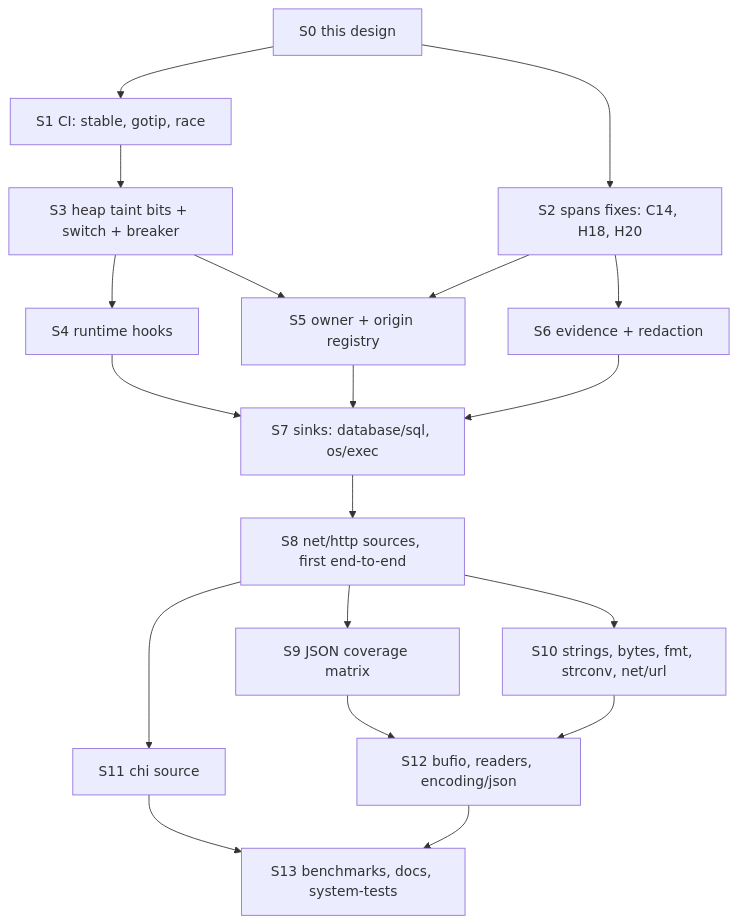
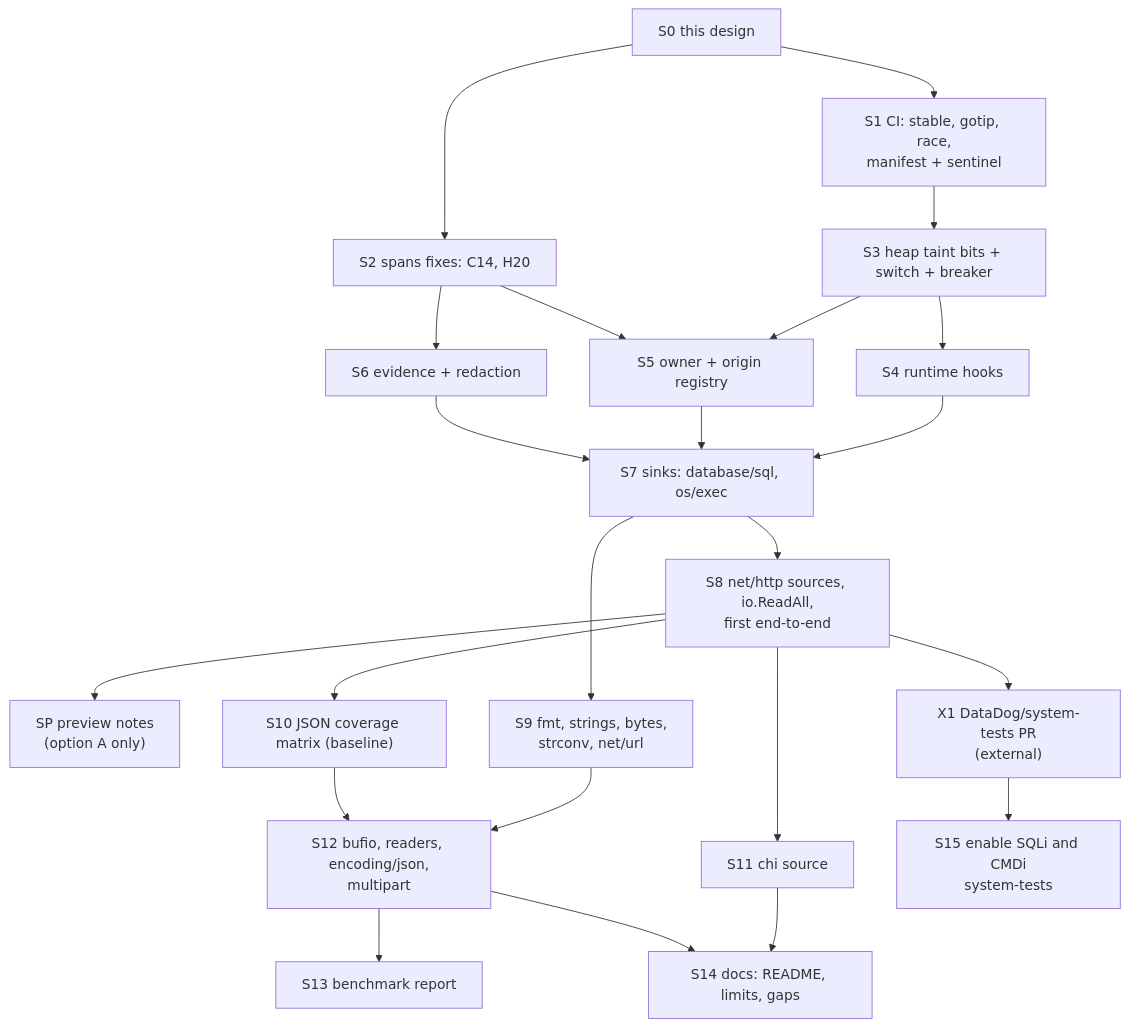
The seventh of 7 diagrams in _docs/design/taint-tracking-v0.md (DataDog/dd-iast-go), drawn with Mermaid before and after one commit. The commit also changed other lines of this file, not shown here.

````diff
--- a/_docs/design/taint-tracking-v0.md
+++ b/_docs/design/taint-tracking-v0.md
@@ -1165,35 +1196,43 @@
 ```mermaid
 flowchart TD
   S0["S0 this design"]
-  S1["S1 CI: stable, gotip, race"]
-  S2["S2 spans fixes: C14, H18, H20"]
+  S1["S1 CI: stable, gotip, race,<br/>manifest + sentinel"]
+  S2["S2 spans fixes: C14, H20"]
   S3["S3 heap taint bits + switch + breaker"]
   S4["S4 runtime hooks"]
   S5["S5 owner + origin registry"]
   S6["S6 evidence + redaction"]
   S7["S7 sinks: database/sql, os/exec"]
-  S8["S8 net/http sources, first end-to-end"]
-  S9["S9 JSON coverage matrix"]
-  S10["S10 strings, bytes, fmt, strconv, net/url"]
+  S8["S8 net/http sources, io.ReadAll,<br/>first end-to-end"]
+  SP["SP preview notes<br/>(option A only)"]
+  S9["S9 fmt, strings, bytes,<br/>strconv, net/url"]
+  S10["S10 JSON coverage matrix (baseline)"]
   S11["S11 chi source"]
-  S12["S12 bufio, readers, encoding/json"]
-  S13["S13 benchmarks, docs, system-tests"]
+  S12["S12 bufio, readers, encoding/json,<br/>multipart"]
+  S13["S13 benchmark report"]
+  S14["S14 docs: README, limits, gaps"]
+  X1["X1 DataDog/system-tests PR<br/>(external)"]
+  S15["S15 enable SQLi and CMDi<br/>system-tests"]
   S0 --> S1
   S0 --> S2
   S1 --> S3
   S3 --> S4
   S3 --> S5
   S2 --> S5
   S2 --> S6
   S4 --> S7
   S5 --> S7
   S6 --> S7
   S7 --> S8
-  S8 --> S9
+  S7 --> S9
+  S8 --> SP
   S8 --> S10
   S8 --> S11
+  S8 --> X1
+  X1 --> S15
   S9 --> S12
   S10 --> S12
-  S11 --> S13
+  S11 --> S14
   S12 --> S13
+  S12 --> S14
 ```
````
